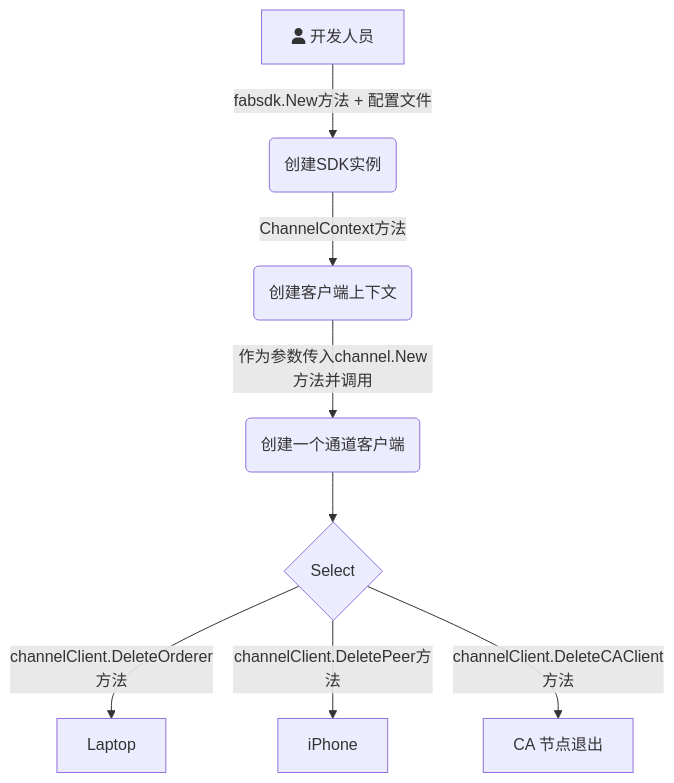
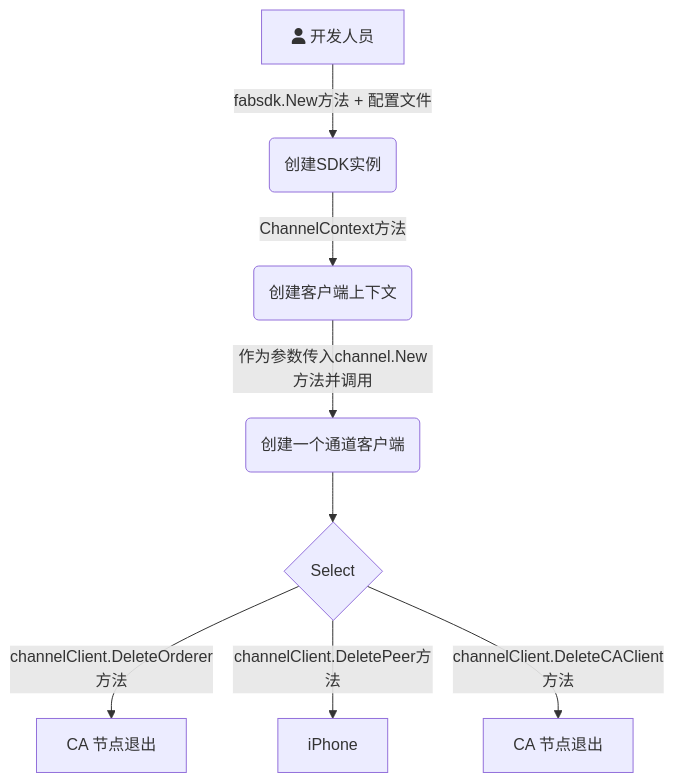
Before and after one commit to Utekichan/iodraw-files: the diagram in all/未命名.md, drawn with Mermaid.

Commit message:
2024-03-30 22:23:17 update

````diff
--- a/all/未命名.md
+++ b/all/未命名.md
@@ -1,11 +1,11 @@
 ```mermaid
 graph TD
     A[fa:fa-user 开发人员] -->|fabsdk.New方法 + 配置文件| B(创建SDK实例)
     B-->|ChannelContext方法| C(创建客户端上下文)
     C-->|作为参数传入channel.New方法并调用| D(创建一个通道客户端)
     D --> E{Select}
-    E -->|channelClient.DeleteOrderer方法| F[Laptop]
+    E -->|channelClient.DeleteOrderer方法| F[ CA 节点退出]
     E -->|channelClient.DeletePeer方法| G[iPhone]
     E -->|channelClient.DeleteCAClient方法| H[ CA 节点退出]
   
 ```
````
